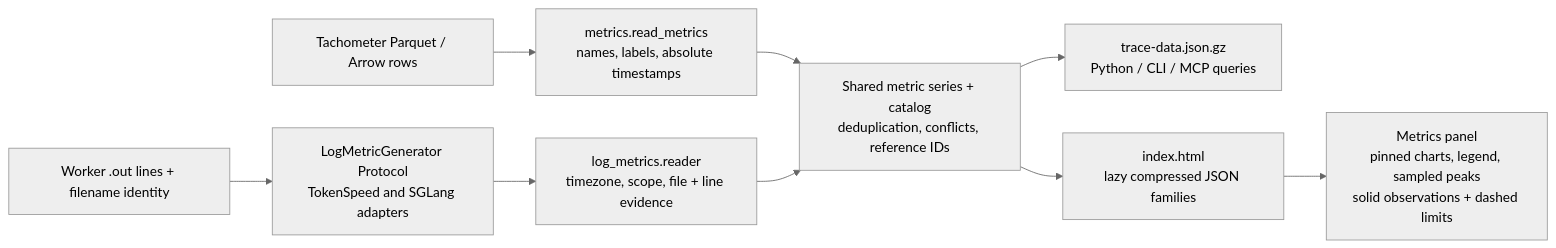
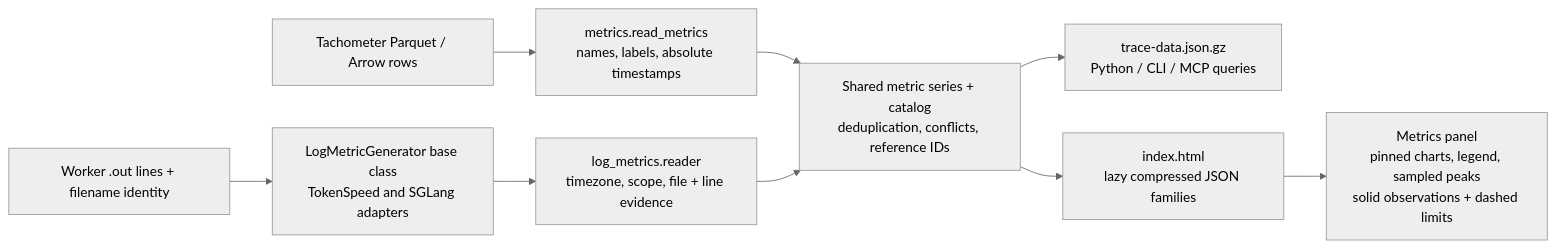
One commit to FrankD412/srt-slurm changed the diagram in docs/dsight-log-metrics.md. Above: the diagram before and after it, drawn with Mermaid (neutral theme). The commit also changed other lines of this file and 73 other files, not shown here.

````diff
--- a/docs/dsight-log-metrics.md
+++ b/docs/dsight-log-metrics.md
@@ -10,11 +10,11 @@
 ```mermaid
 flowchart LR
     T["Tachometer Parquet / Arrow rows"] --> TR["metrics.read_metrics<br/>names, labels, absolute timestamps"]
-    W["Worker .out lines + filename identity"] --> G["LogMetricGenerator Protocol<br/>TokenSpeed and SGLang adapters"]
+    W["Worker .out lines + filename identity"] --> G["LogMetricGenerator base class<br/>TokenSpeed and SGLang adapters"]
     G --> LR["log_metrics.reader<br/>timezone, scope, file + line evidence"]
     TR --> S["Shared metric series + catalog<br/>deduplication, conflicts, reference IDs"]
     LR --> S
     S --> D["trace-data.json.gz<br/>Python / CLI / MCP queries"]
     S --> H["index.html<br/>lazy compressed JSON families"]
     H --> UI["Metrics panel<br/>pinned charts, legend, sampled peaks<br/>solid observations + dashed limits"]
 ```
````
